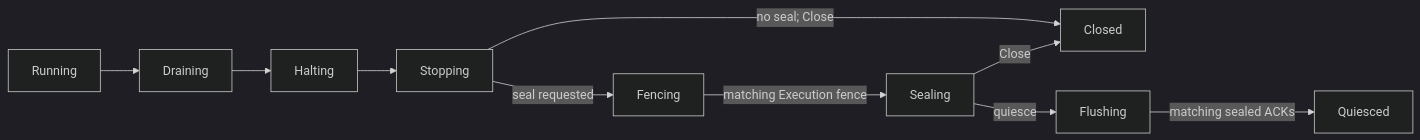
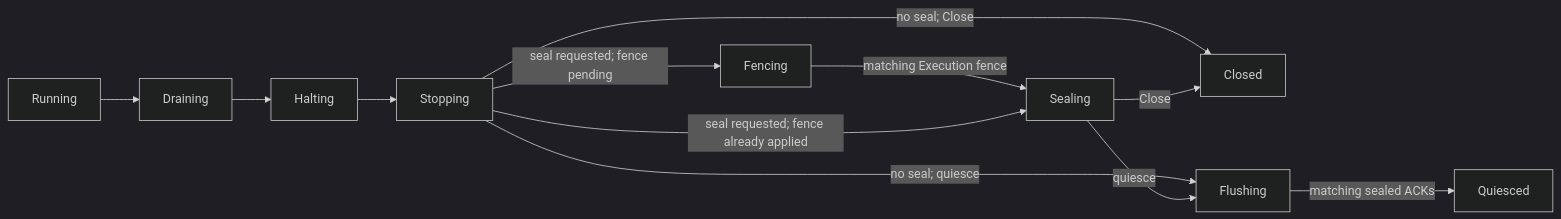
The sixth of 7 diagrams in agentplane/env/runtime/docs/cosi.md (agentydragon/ducktape), drawn with Mermaid (dark theme) before and after one commit. The commit also changed other lines of this file and 1 other file, not shown here.

Commit message:
Update environment COSI lifecycle diagrams

````diff
--- a/agentplane/env/runtime/docs/cosi.md
+++ b/agentplane/env/runtime/docs/cosi.md
@@ -330,8 +336,10 @@
 ```mermaid
 flowchart LR
   Running --> Draining --> Halting --> Stopping
-  Stopping -->|seal requested| Fencing -->|matching Execution fence| Sealing
+  Stopping -->|seal requested; fence pending| Fencing -->|matching Execution fence| Sealing
+  Stopping -->|seal requested; fence already applied| Sealing
   Stopping -->|no seal; Close| Closed
+  Stopping -->|no seal; quiesce| Flushing
   Sealing -->|quiesce| Flushing -->|matching sealed ACKs| Quiesced
   Sealing -->|Close| Closed
 ```
````
